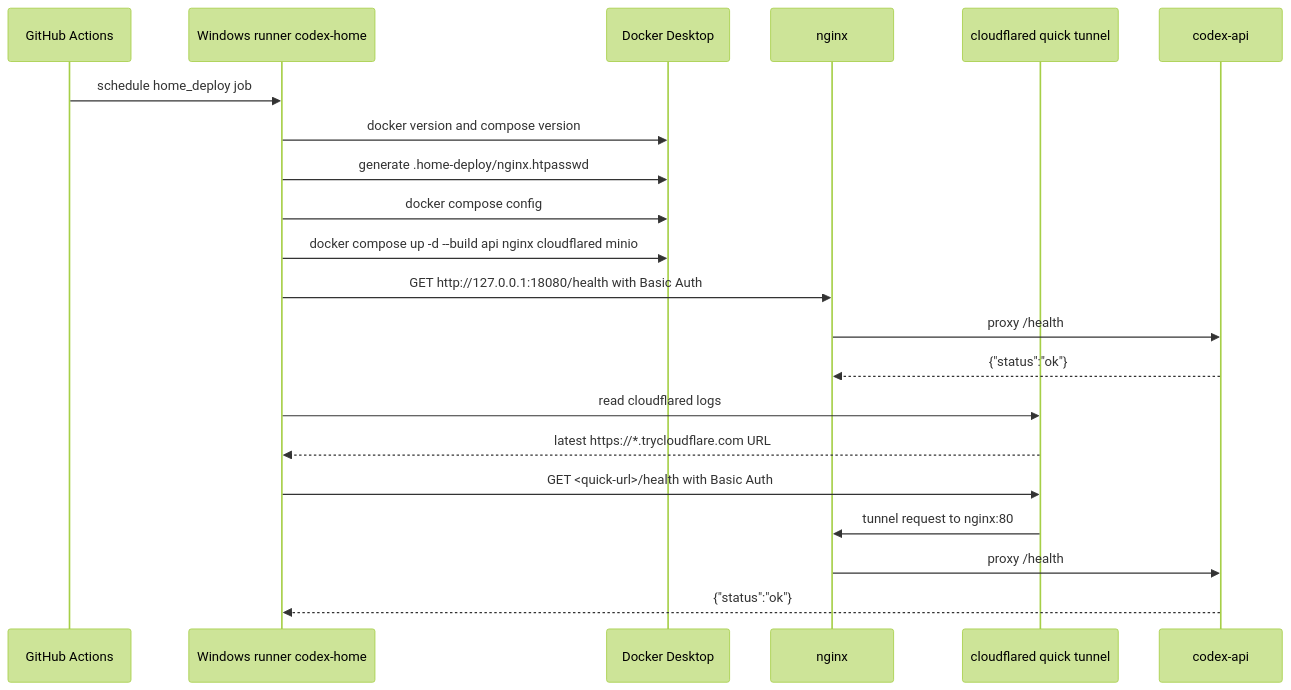
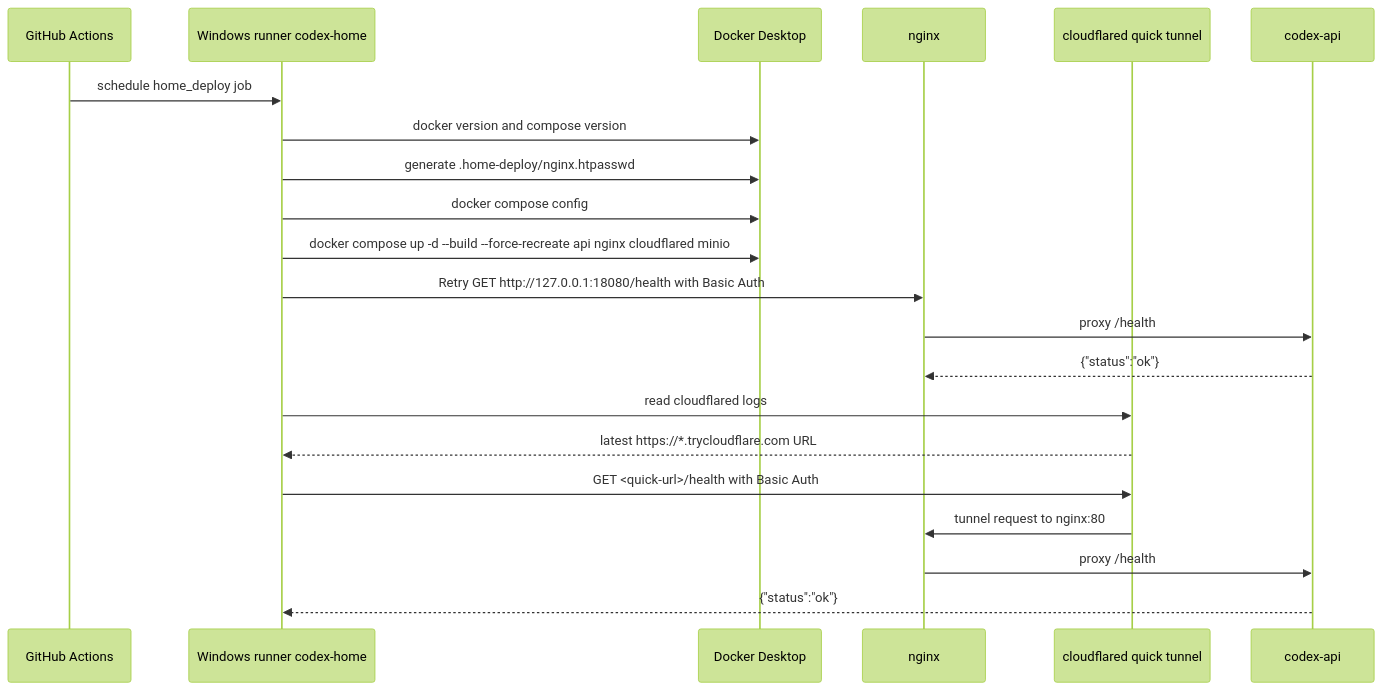
Before and after one commit to Mabaragi/codex-youtube-pipeline: the third of 5 diagrams in docs/CICD.md, drawn with Mermaid (forest theme). The commit also changed other lines of this file and 1 other file, not shown here.

Commit message:
fix: stabilize home deploy health check

````diff
--- a/docs/CICD.md
+++ b/docs/CICD.md
@@ -83,24 +83,24 @@
 ```mermaid
 sequenceDiagram
     participant GH as GitHub Actions
     participant Runner as Windows runner codex-home
     participant Docker as Docker Desktop
     participant Nginx as nginx
     participant CF as cloudflared quick tunnel
     participant API as codex-api
 
     GH->>Runner: schedule home_deploy job
     Runner->>Docker: docker version and compose version
     Runner->>Docker: generate .home-deploy/nginx.htpasswd
     Runner->>Docker: docker compose config
-    Runner->>Docker: docker compose up -d --build api nginx cloudflared minio
-    Runner->>Nginx: GET http://127.0.0.1:18080/health with Basic Auth
+    Runner->>Docker: docker compose up -d --build --force-recreate api nginx cloudflared minio
+    Runner->>Nginx: Retry GET http://127.0.0.1:18080/health with Basic Auth
     Nginx->>API: proxy /health
     API-->>Nginx: {"status":"ok"}
     Runner->>CF: read cloudflared logs
     CF-->>Runner: latest https://*.trycloudflare.com URL
     Runner->>CF: GET <quick-url>/health with Basic Auth
     CF->>Nginx: tunnel request to nginx:80
     Nginx->>API: proxy /health
     API-->>Runner: {"status":"ok"}
 ```
````
